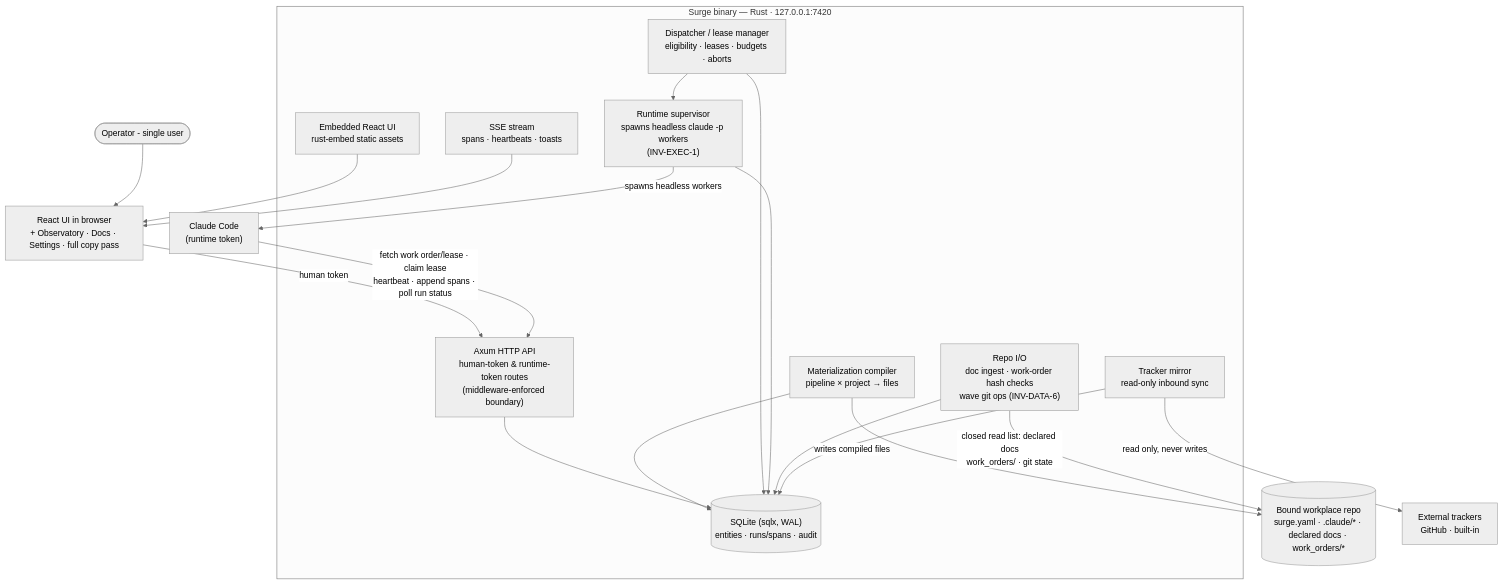
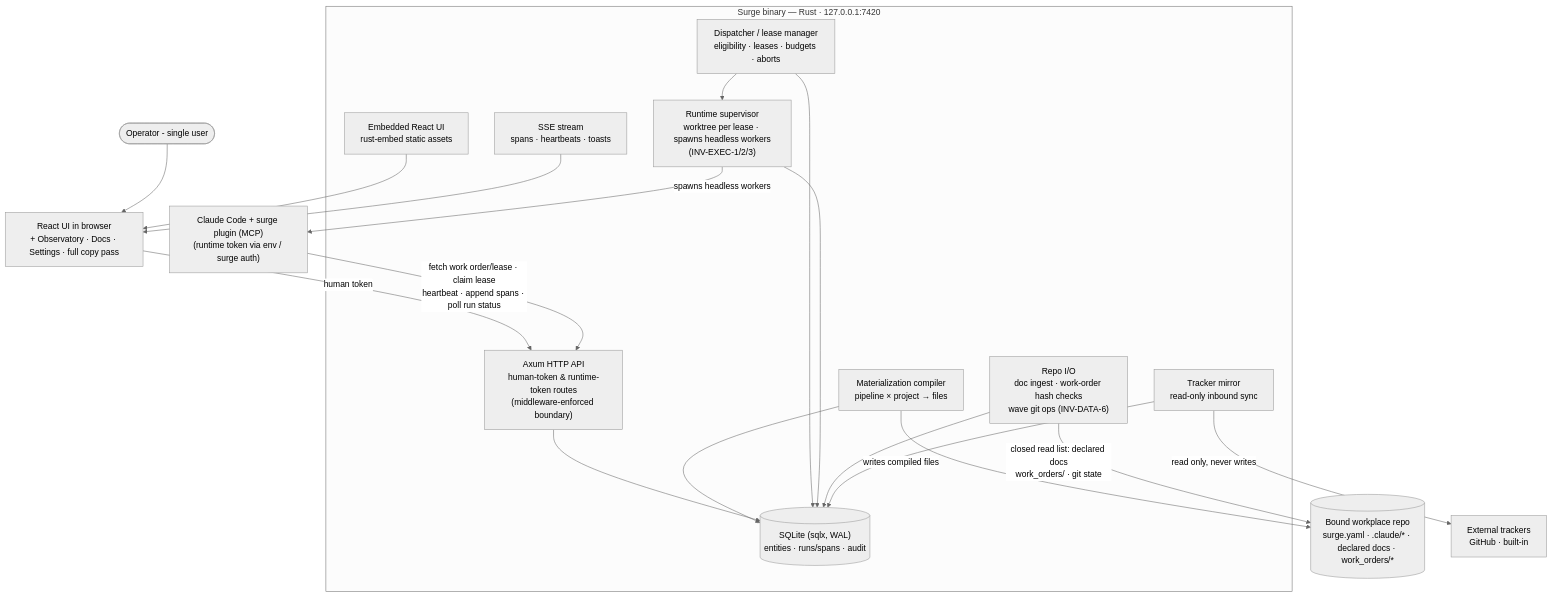
The diagram in docs/phases/phase-3/phase.md (traitbound/surge), drawn with Mermaid (neutral theme) before and after one commit. The commit also changed other lines of this file and 9 other files, not shown here.

First line of the commit message:
Second concept audit: isolation, credentials, git policy, observed-fact trust; plan Claude Code MCP plugin

````diff
--- a/docs/phases/phase-3/phase.md
+++ b/docs/phases/phase-3/phase.md
@@ -46,38 +46,38 @@
 ```mermaid
 graph TB
     operator([Operator - single user])
 
     subgraph binary["Surge binary — Rust · 127.0.0.1:7420"]
         api["Axum HTTP API<br/>human-token & runtime-token routes<br/>(middleware-enforced boundary)"]
         db[("SQLite (sqlx, WAL)<br/>entities · runs/spans · audit")]
         compiler["Materialization compiler<br/>pipeline × project → files"]
         dispatcher["Dispatcher / lease manager<br/>eligibility · leases · budgets · aborts"]
-        supervisor["Runtime supervisor<br/>spawns headless claude -p workers<br/>(INV-EXEC-1)"]
+        supervisor["Runtime supervisor<br/>worktree per lease · spawns headless workers<br/>(INV-EXEC-1/2/3)"]
         repoio["Repo I/O<br/>doc ingest · work-order hash checks<br/>wave git ops (INV-DATA-6)"]
         mirror["Tracker mirror<br/>read-only inbound sync"]
         sse["SSE stream<br/>spans · heartbeats · toasts"]
         ui_assets["Embedded React UI<br/>rust-embed static assets"]
     end
 
     browser["React UI in browser<br/>+ Observatory · Docs · Settings · full copy pass"]
-    runtime["Claude Code<br/>(runtime token)"]
+    runtime["Claude Code + surge plugin (MCP)<br/>(runtime token via env / surge auth)"]
     repo[("Bound workplace repo<br/>surge.yaml · .claude/* · declared docs · work_orders/*")]
     tracker["External trackers<br/>GitHub · built-in"]
 
     operator --> browser
     browser -->|"human token"| api
     ui_assets --> browser
     sse --> browser
     dispatcher --> supervisor
     supervisor -->|"spawns headless workers"| runtime
     runtime -->|"fetch work order/lease · claim lease<br/>heartbeat · append spans · poll run status"| api
     api --> db
     compiler --> db
     dispatcher --> db
     supervisor --> db
     repoio --> db
     mirror --> db
     compiler -->|"writes compiled files"| repo
     repoio -->|"closed read list: declared docs<br/>work_orders/ · git state"| repo
     mirror -->|"read only, never writes"| tracker
 ```
````
